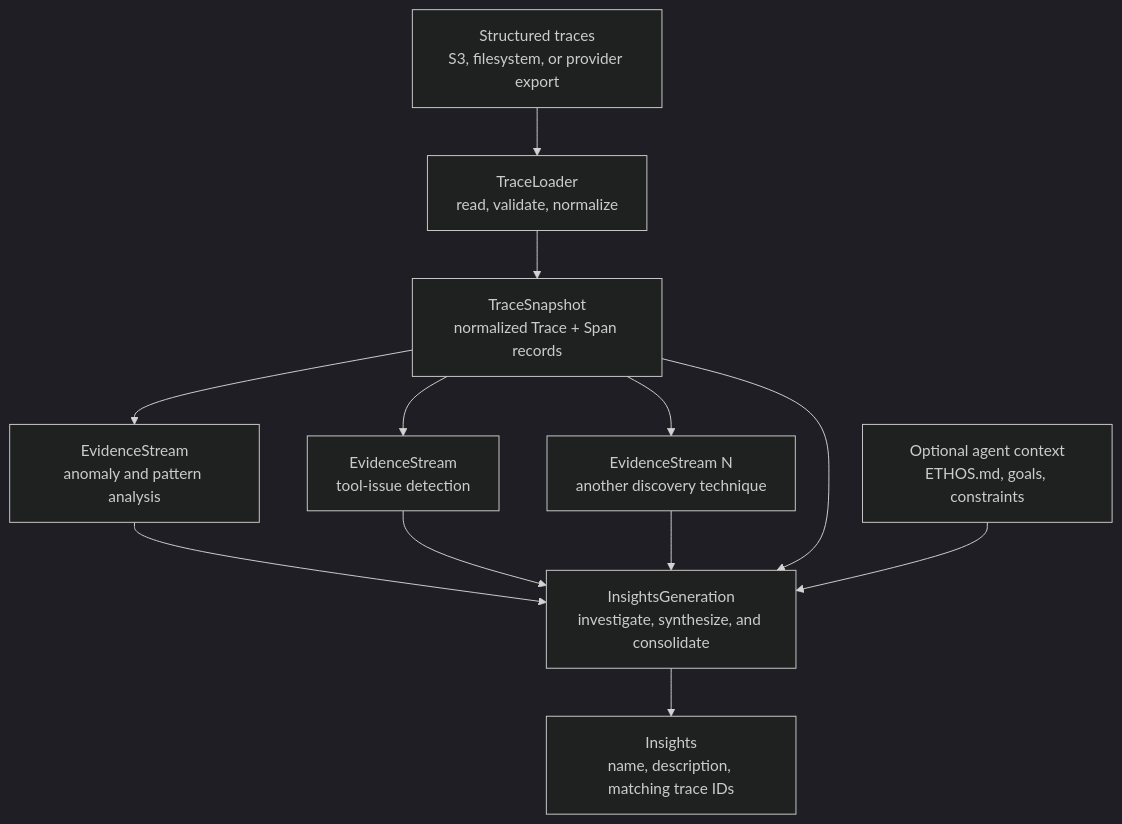
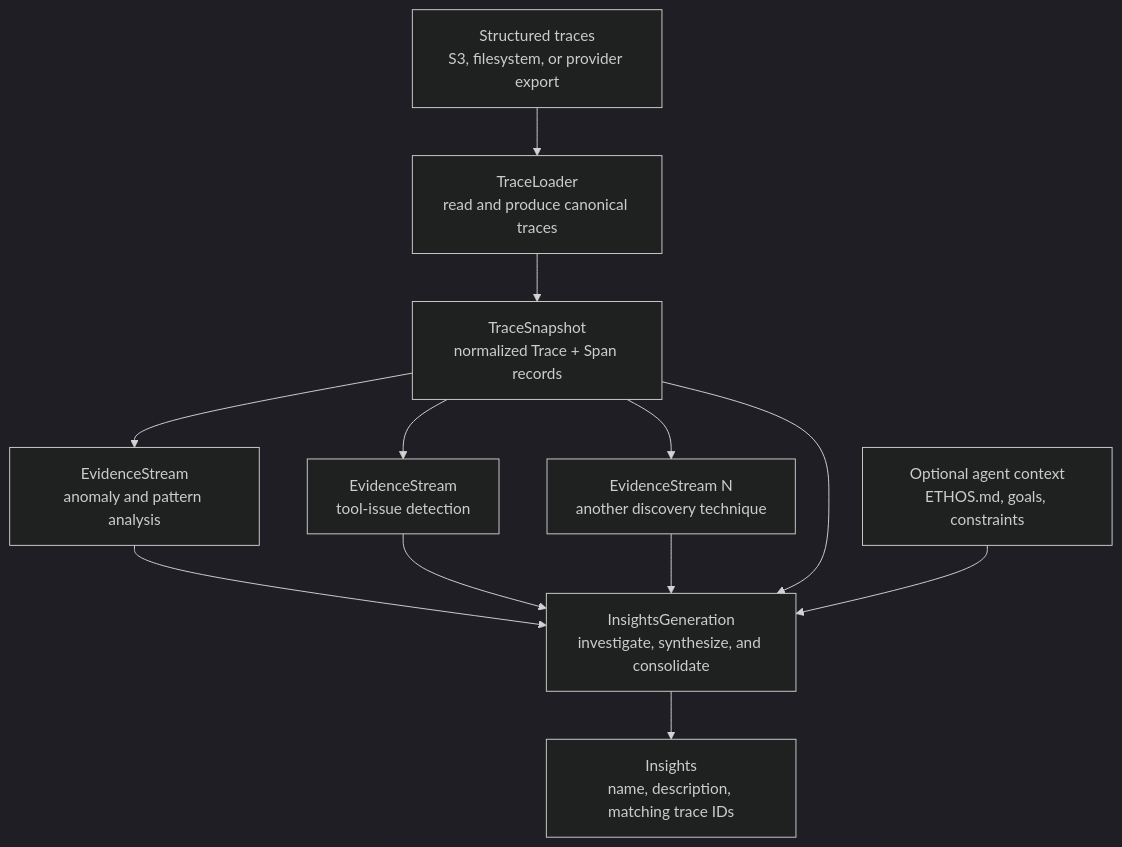
The first of 4 diagrams in docs/pipeline-architecture.md (NVIDIA-NeMo/labs-trace-intel), drawn with Mermaid (dark theme) before and after one commit. The commit also changed other lines of this file and 44 other files, not shown here.

First line of the commit message:
refactor: load canonical Trace JSONL directly (#27)

````diff
--- a/docs/pipeline-architecture.md
+++ b/docs/pipeline-architecture.md
@@ -10,22 +10,22 @@
 ```mermaid
 flowchart TB
     source["Structured traces<br/>S3, filesystem, or provider export"]
-    loader["TraceLoader<br/>read, validate, normalize"]
+    loader["TraceLoader<br/>read and produce canonical traces"]
     snapshot["TraceSnapshot<br/>normalized Trace + Span records"]
 
     stream1["EvidenceStream<br/>anomaly and pattern analysis"]
     stream2["EvidenceStream<br/>tool-issue detection"]
     streamN["EvidenceStream N<br/>another discovery technique"]
 
     context["Optional agent context<br/>ETHOS.md, goals, constraints"]
     generation["InsightsGeneration<br/>investigate, synthesize, and consolidate"]
     insights["Insights<br/>name, description, matching trace IDs"]
 
     source --> loader --> snapshot
     snapshot --> stream1 --> generation
     snapshot --> stream2 --> generation
     snapshot --> streamN --> generation
     snapshot --> generation
     context --> generation
     generation --> insights
 ```
````
